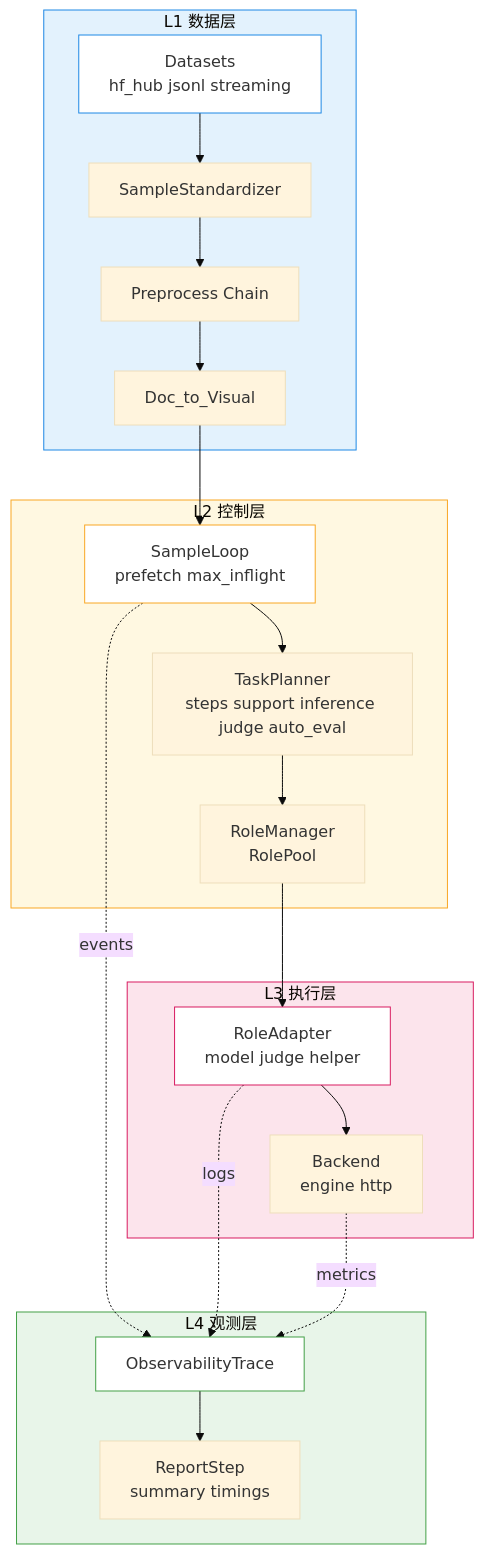
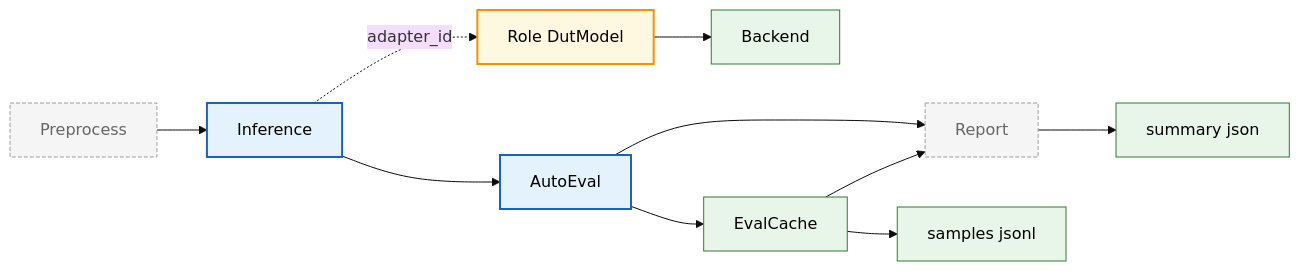
Before and after one commit to HiThink-Research/GAGE: the first of 12 diagrams in README.md, drawn with Mermaid (base theme). The commit also changed other lines of this file and 42 other files, not shown here.

````diff
--- a/README.md
+++ b/README.md
@@ -21,41 +65,17 @@
 ```mermaid
-graph TD
-  subgraph L1_Data ["L1 数据层"]
-    DS[Datasets<br/>hf_hub jsonl streaming]
-    STD[SampleStandardizer]
-    PRE[Preprocess Chain]
-    VIZ[Doc_to_Visual]
-    DS --> STD --> PRE --> VIZ
-  end
+flowchart LR
+  classDef fixed fill:#F5F5F5,stroke:#9E9E9E,stroke-dasharray: 4 2,color:#666
+  classDef step fill:#E3F2FD,stroke:#1565C0,stroke-width:2px,color:#000
+  classDef role fill:#FFF8E1,stroke:#FF8F00,stroke-width:2px,color:#000
+  classDef impl fill:#E8F5E9,stroke:#2E7D32,stroke-width:1px,color:#000
+  classDef out fill:#E8F5E9,stroke:#2E7D32,stroke-width:1px,color:#000
 
-  subgraph L2_Control ["L2 控制层"]
-    SL[SampleLoop<br/>prefetch max_inflight]
-    TP[TaskPlanner<br/>steps support inference judge auto_eval]
-    RM[RoleManager<br/>RolePool]
-    VIZ --> SL --> TP --> RM
-  end
+  Pre[Preprocess]:::fixed --> Inf[Inference]:::step --> AE[AutoEval]:::step --> Rep[Report]:::fixed
 
-  subgraph L3_Exec ["L3 执行层"]
-    AD[RoleAdapter<br/>model judge helper]
-    BE[Backend<br/>engine http]
-    RM --> AD --> BE
-  end
+  Inf -. adapter_id .-> Dut[Role DutModel]:::role --> BD[Backend]:::impl
+  AE --> Cache[EvalCache]:::impl
+  Cache --> Rep
 
-  subgraph L4_Obs ["L4 观测层"]
-    TR[ObservabilityTrace]
-    RP[ReportStep<br/>summary timings]
-    SL -. events .-> TR
-    AD -. logs .-> TR
-    BE -. metrics .-> TR
-    TR --> RP
-  end
-
-  style L1_Data fill:#e3f2fd,stroke:#1e88e5
-  style L2_Control fill:#fff8e1,stroke:#f9a825
-  style L3_Exec fill:#fce4ec,stroke:#d81b60
-  style L4_Obs fill:#e8f5e9,stroke:#43a047
-  style DS fill:#ffffff,stroke:#1e88e5
-  style SL fill:#ffffff,stroke:#f9a825
-  style AD fill:#ffffff,stroke:#d81b60
-  style TR fill:#ffffff,stroke:#43a047
+  Cache --> Samp[samples jsonl]:::out
+  Rep --> Sum[summary json]:::out
 ```
````
